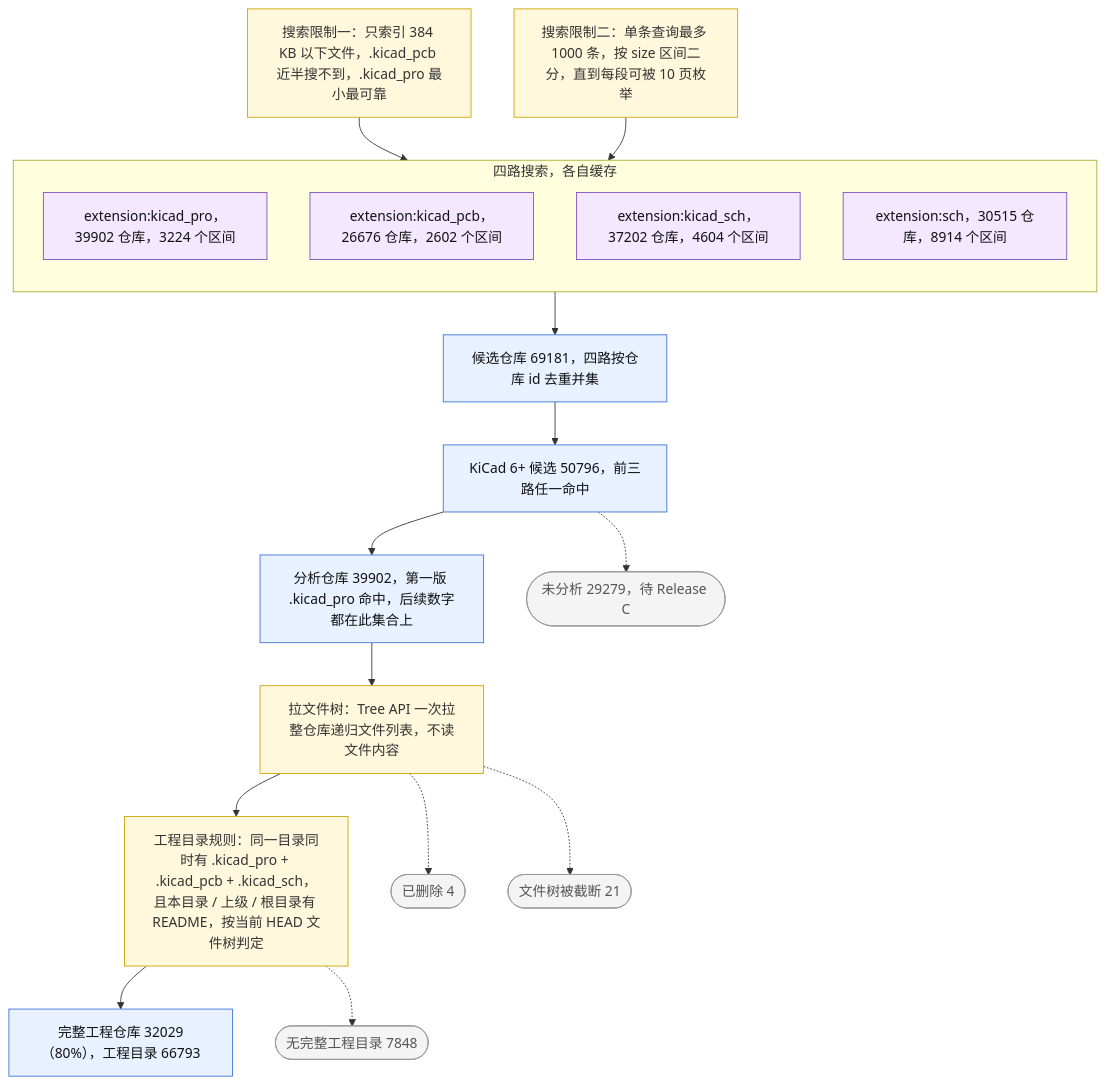
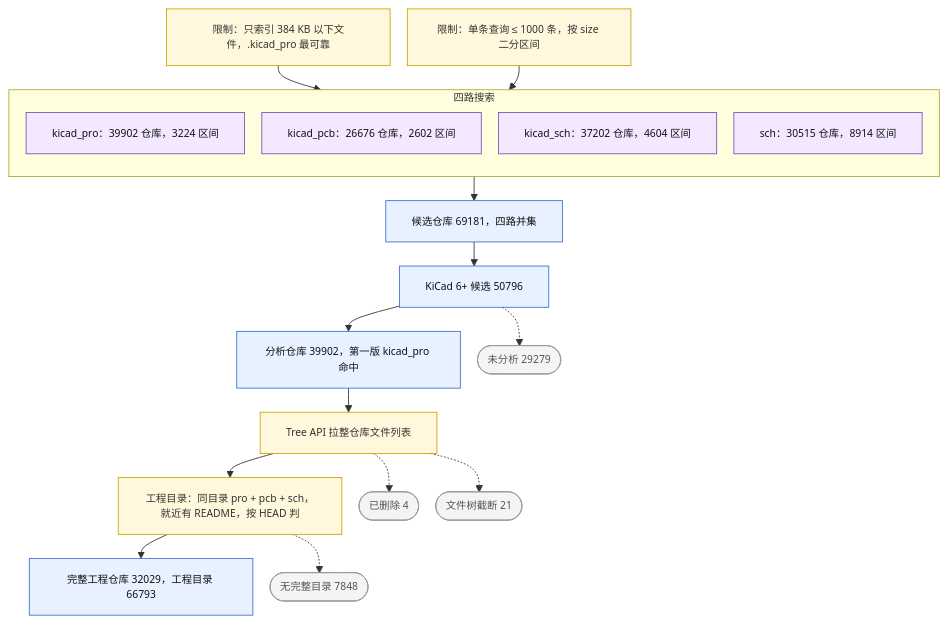
One commit to Xiafyjck/github_kicad_project_scout changed the second of 5 diagrams in reports/progress_report.md. Above: the diagram before and after it, drawn with Mermaid. The commit also changed other lines of this file, not shown here.

Commit message:
reports: shorter labels and 12px font in all figures

````diff
--- a/reports/progress_report.md
+++ b/reports/progress_report.md
@@ -136,29 +137,31 @@
 ```mermaid
+%%{init: {'themeVariables': {'fontSize': '12px'}, 'flowchart': {'nodeSpacing': 20, 'rankSpacing': 28}}}%%
 flowchart TB
     classDef exit fill:#f4f4f4,stroke:#999,color:#555
     classDef keep fill:#e8f1ff,stroke:#3b6fd6,color:#111
     classDef src fill:#f3e8ff,stroke:#7c4dbd,color:#111
     classDef rule fill:#fff8dc,stroke:#c9a400,color:#333
+    classDef final fill:#e6f7e6,stroke:#2e8b57,color:#111
 
-    L1[搜索限制一：只索引 384 KB 以下文件，.kicad_pcb 近半搜不到，.kicad_pro 最小最可靠]:::rule
-    L2[搜索限制二：单条查询最多 1000 条，按 size 区间二分，直到每段可被 10 页枚举]:::rule
-    subgraph S[四路搜索，各自缓存]
+    L1[限制：只索引 384 KB 以下文件，.kicad_pro 最可靠]:::rule
+    L2[限制：单条查询 ≤ 1000 条，按 size 二分区间]:::rule
+    subgraph S[四路搜索]
         direction TB
-        K1[extension:kicad_pro，39902 仓库，3224 个区间]:::src
-        K2[extension:kicad_pcb，26676 仓库，2602 个区间]:::src
-        K3[extension:kicad_sch，37202 仓库，4604 个区间]:::src
-        K4[extension:sch，30515 仓库，8914 个区间]:::src
+        K1[kicad_pro：39902 仓库，3224 区间]:::src
+        K2[kicad_pcb：26676 仓库，2602 区间]:::src
+        K3[kicad_sch：37202 仓库，4604 区间]:::src
+        K4[sch：30515 仓库，8914 区间]:::src
     end
     L1 --> S
     L2 --> S
-    S --> C[候选仓库 69181，四路按仓库 id 去重并集]:::keep
-    C --> C6[KiCad 6+ 候选 50796，前三路任一命中]:::keep
-    C6 --> A[分析仓库 39902，第一版 .kicad_pro 命中，后续数字都在此集合上]:::keep
-    C6 -.-> CX([未分析 29279，待 Release C]):::exit
-    A --> T[拉文件树：Tree API 一次拉整仓库递归文件列表，不读文件内容]:::rule
-    T --> R[工程目录规则：同一目录同时有 .kicad_pro + .kicad_pcb + .kicad_sch，且本目录 / 上级 / 根目录有 README，按当前 HEAD 文件树判定]:::rule
-    R --> Q[完整工程仓库 32029（80%），工程目录 66793]:::keep
+    S --> C[候选仓库 69181，四路并集]:::keep
+    C --> C6[KiCad 6+ 候选 50796]:::keep
+    C6 --> A[分析仓库 39902，第一版 kicad_pro 命中]:::keep
+    C6 -.-> CX([未分析 29279]):::exit
+    A --> T[Tree API 拉整仓库文件列表]:::rule
+    T --> R[工程目录：同目录 pro + pcb + sch，就近有 README，按 HEAD 判]:::rule
+    R --> Q[完整工程仓库 32029，工程目录 66793]:::keep
     T -.-> AX1([已删除 4]):::exit
-    T -.-> AX2([文件树被截断 21]):::exit
-    R -.-> AX3([无完整工程目录 7848]):::exit
+    T -.-> AX2([文件树截断 21]):::exit
+    R -.-> AX3([无完整目录 7848]):::exit
 ```
````
